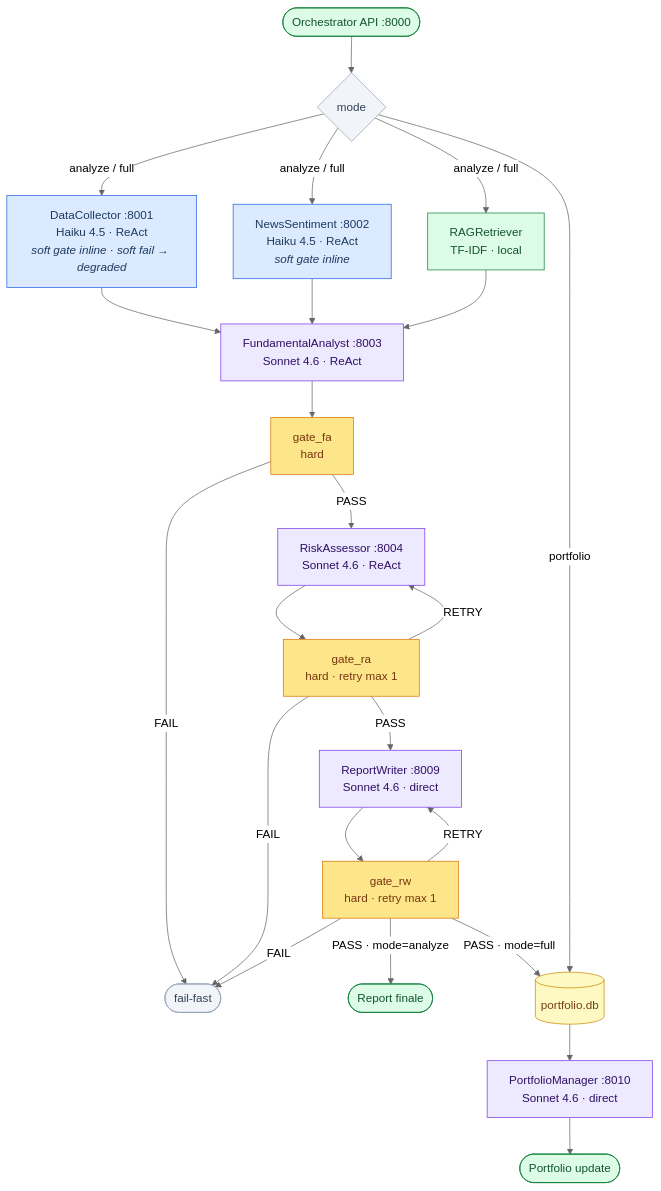
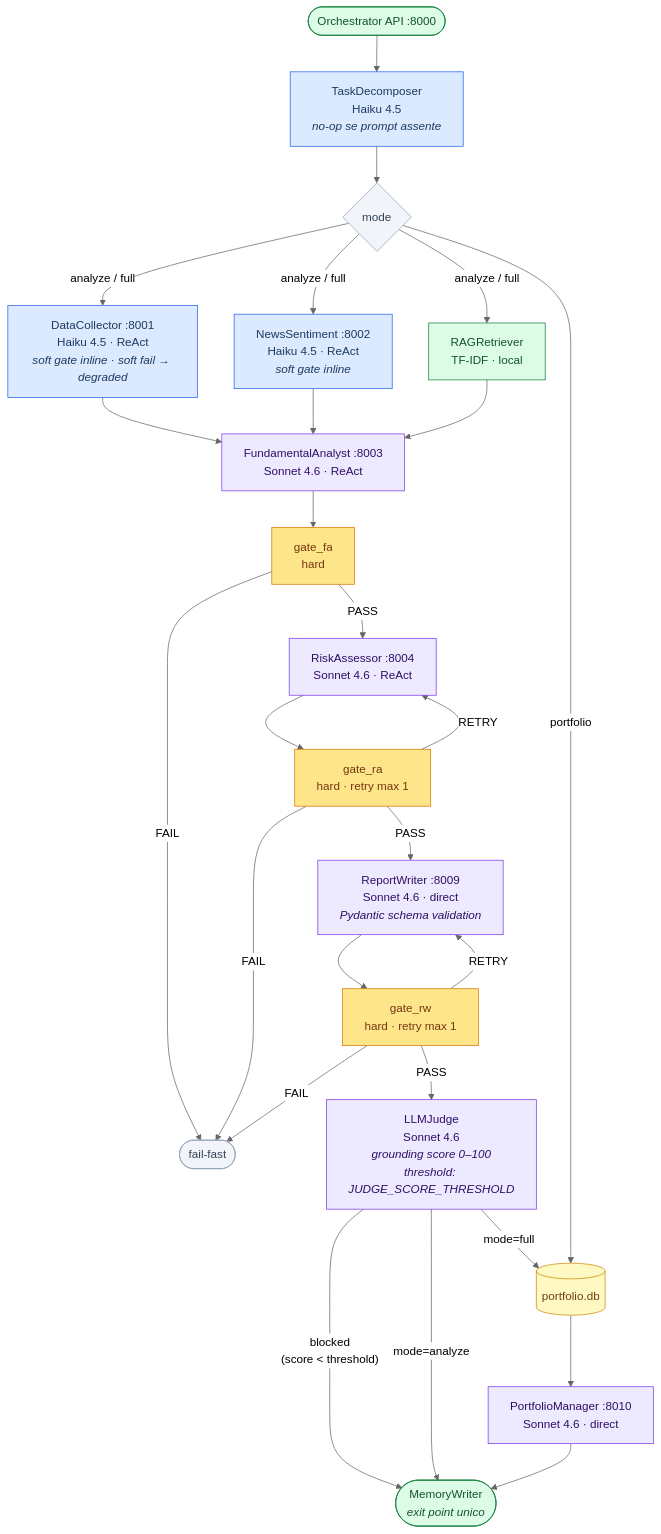
Before and after one commit to tommasobraga/equity-researcher-analyst-a2a: the first of 2 diagrams in docs/architecture.md, drawn with Mermaid (neutral theme). The commit also changed other lines of this file and 1 other file, not shown here.

First line of the commit message:
docs: aggiorna architecture.md e CLAUDE.md — guardrails, task decomposer, LLM Judge

````diff
--- a/docs/architecture.md
+++ b/docs/architecture.md
@@ -7,49 +7,59 @@
 ```mermaid
 flowchart TD
     classDef haiku  fill:#dbeafe,stroke:#2563eb,color:#1e3a5f
     classDef sonnet fill:#ede9fe,stroke:#7c3aed,color:#2e1065
     classDef infra  fill:#dcfce7,stroke:#15803d,color:#14532d
     classDef store  fill:#fef9c3,stroke:#ca8a04,color:#713f12
     classDef term   fill:#f1f5f9,stroke:#94a3b8,color:#334155
     classDef gate   fill:#fde68a,stroke:#d97706,color:#78350f
+    classDef guard  fill:#fee2e2,stroke:#dc2626,color:#7f1d1d
 
     START(["Orchestrator API :8000"]):::infra
-    START --> MODE{mode}:::term
+    START --> DECOMP
+
+    DECOMP["TaskDecomposer<br/>Haiku 4.5<br/><i>no-op se prompt assente</i>"]:::haiku
+    DECOMP --> MODE{mode}:::term
 
     MODE -->|"analyze / full"| DC & NS & RAG
     MODE -->|portfolio| PL
 
     DC["DataCollector :8001<br/>Haiku 4.5 · ReAct<br/><i>soft gate inline · soft fail → degraded</i>"]:::haiku
     NS["NewsSentiment :8002<br/>Haiku 4.5 · ReAct<br/><i>soft gate inline</i>"]:::haiku
     RAG["RAGRetriever<br/>TF-IDF · local"]:::infra
 
     DC & NS & RAG --> FA
 
     FA["FundamentalAnalyst :8003<br/>Sonnet 4.6 · ReAct"]:::sonnet
     FA --> GFA["gate_fa<br/>hard"]:::gate
 
     GFA -->|"FAIL"| STOP(["fail-fast"]):::term
     GFA -->|"PASS"| RA
 
     RA["RiskAssessor :8004<br/>Sonnet 4.6 · ReAct"]:::sonnet
     RA --> GRA["gate_ra<br/>hard · retry max 1"]:::gate
 
     GRA -->|"FAIL"| STOP
     GRA -->|"RETRY"| RA
     GRA -->|"PASS"| RW
 
-    RW["ReportWriter :8009<br/>Sonnet 4.6 · direct"]:::sonnet
+    RW["ReportWriter :8009<br/>Sonnet 4.6 · direct<br/><i>Pydantic schema validation</i>"]:::sonnet
     RW --> GRW["gate_rw<br/>hard · retry max 1"]:::gate
 
     GRW -->|"FAIL"| STOP
     GRW -->|"RETRY"| RW
-    GRW -->|"PASS · mode=analyze"| OUT_A(["Report finale"]):::infra
-    GRW -->|"PASS · mode=full"| PL
+    GRW -->|"PASS"| JUDGE
+
+    JUDGE["LLMJudge<br/>Sonnet 4.6<br/><i>grounding score 0–100<br/>threshold: JUDGE_SCORE_THRESHOLD</i>"]:::sonnet
+
+    JUDGE -->|"blocked<br/>(score < threshold)"| MW
+    JUDGE -->|"mode=analyze"| MW
+    JUDGE -->|"mode=full"| PL
 
     PL[("portfolio.db")]:::store
     PL --> PM
 
     PM["PortfolioManager :8010<br/>Sonnet 4.6 · direct"]:::sonnet
+    PM --> MW
 
-    PM --> OUT_B(["Portfolio update"]):::infra
+    MW(["MemoryWriter<br/><i>exit point unico</i>"]):::infra
 ```
````
